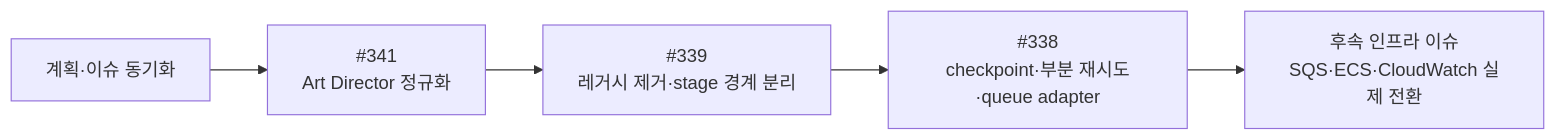
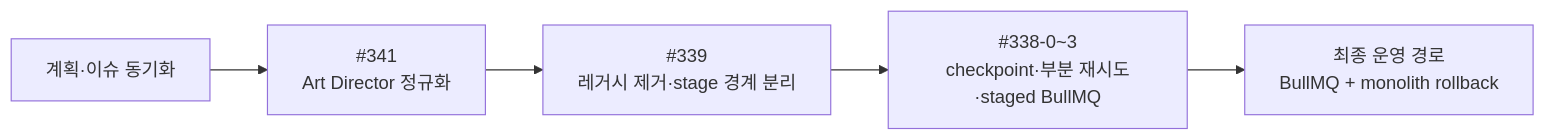
Before and after one commit to na-man-mu-303-team2/Orbit: the diagram in docs/plans/ai-ppt-341-339-338-integrated-execution-plan.md, drawn with Mermaid. The commit also changed other lines of this file and 10 other files, not shown here.

````diff
--- a/docs/plans/ai-ppt-341-339-338-integrated-execution-plan.md
+++ b/docs/plans/ai-ppt-341-339-338-integrated-execution-plan.md
@@ -19,7 +19,7 @@
 ```mermaid
 flowchart LR
     A["계획·이슈 동기화"] --> B["#341<br/>Art Director 정규화"]
     B --> C["#339<br/>레거시 제거·stage 경계 분리"]
-    C --> D["#338<br/>checkpoint·부분 재시도·queue adapter"]
-    D --> E["후속 인프라 이슈<br/>SQS·ECS·CloudWatch 실제 전환"]
+    C --> D["#338-0~3<br/>checkpoint·부분 재시도·staged BullMQ"]
+    D --> E["최종 운영 경로<br/>BullMQ + monolith rollback"]
 ```
````
